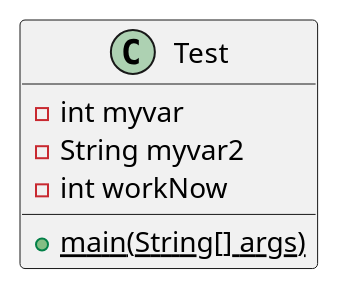
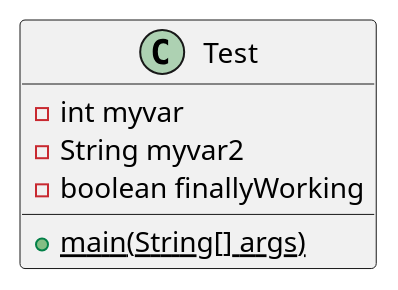
Before and after one commit to andrewdimmer/csi-3370-software-project-config-test: the diagram in docs/uml/test.puml, drawn with PlantUML.

```diff
--- a/docs/uml/test.puml
+++ b/docs/uml/test.puml
@@ -1,10 +1,10 @@
 @startuml test
 
 class Test {
     - int myvar
     - String myvar2
-    - int workNow
+    - boolean finallyWorking
     {static} + main(String[] args)
 }
 
 @enduml
```
